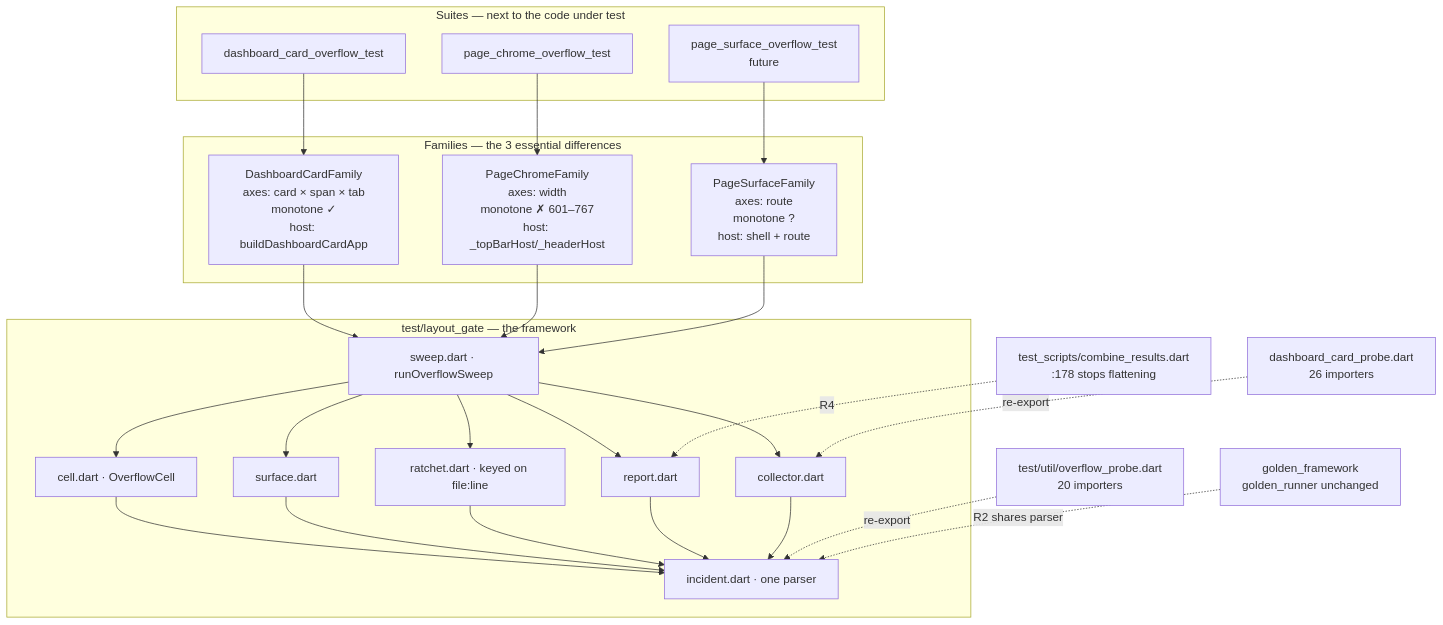
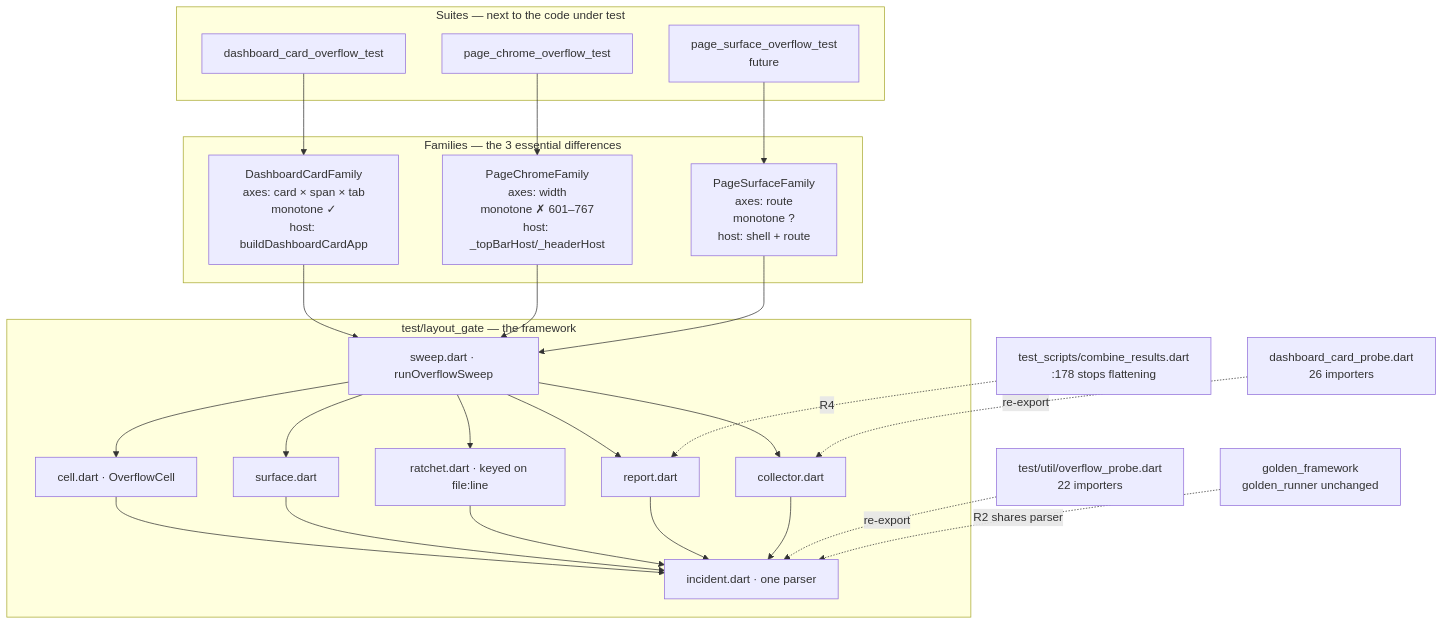
Before and after one commit to linksys/PrivacyGUI: the first of 2 diagrams in doc/testing/overflow_gate_architecture.md, drawn with Mermaid. The commit also changed other lines of this file and 5 other files, not shown here.

````diff
--- a/doc/testing/overflow_gate_architecture.md
+++ b/doc/testing/overflow_gate_architecture.md
@@ -275,30 +288,30 @@
 ```mermaid
 graph TD
   subgraph S[Suites — next to the code under test]
     S1[dashboard_card_overflow_test]
     S2[page_chrome_overflow_test]
     S3[page_surface_overflow_test<br/>future]
   end
   subgraph F[Families — the 3 essential differences]
     F1["DashboardCardFamily<br/>axes: card × span × tab<br/>monotone ✓<br/>host: buildDashboardCardApp"]
     F2["PageChromeFamily<br/>axes: width<br/>monotone ✗ 601–767<br/>host: _topBarHost/_headerHost"]
     F3["PageSurfaceFamily<br/>axes: route<br/>monotone ?<br/>host: shell + route"]
   end
   subgraph K["test/layout_gate — the framework"]
     K1[sweep.dart · runOverflowSweep]
     K2[cell.dart · OverflowCell]
     K3[surface.dart]
     K4[ratchet.dart · keyed on file:line]
     K5[report.dart]
     K6[collector.dart]
     K7[incident.dart · one parser]
   end
   S1 --> F1 --> K1
   S2 --> F2 --> K1
   S3 --> F3 --> K1
   K1 --> K2 & K3 & K4 & K5 & K6 --> K7
-  U1["test/util/overflow_probe.dart<br/>20 importers"] -.re-export.-> K7
+  U1["test/util/overflow_probe.dart<br/>22 importers"] -.re-export.-> K7
   U2["dashboard_card_probe.dart<br/>26 importers"] -.re-export.-> K6
   U3["golden_framework<br/>golden_runner unchanged"] -.R2 shares parser.-> K7
   U4["test_scripts/combine_results.dart<br/>:178 stops flattening"] -.R4.-> K5
 ```
````
